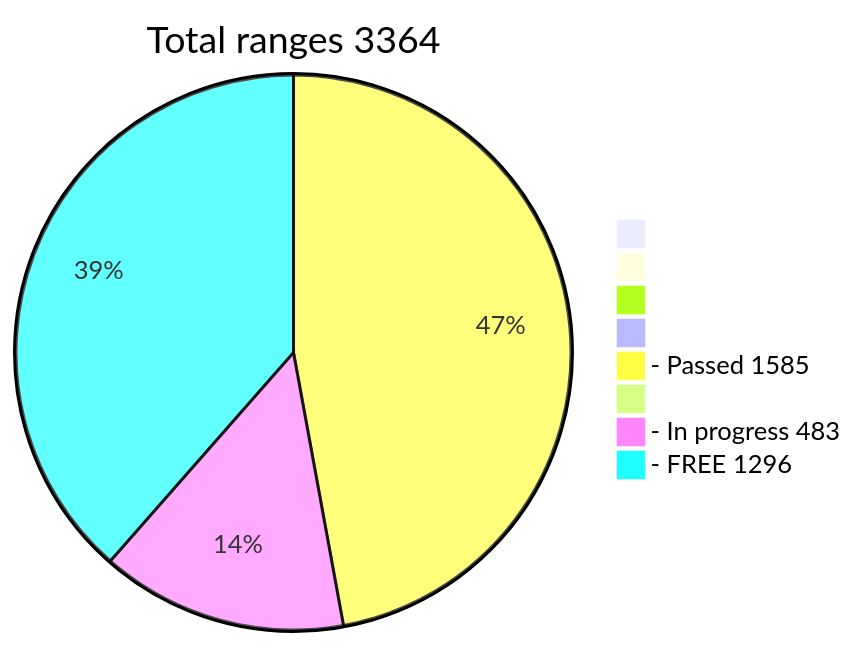
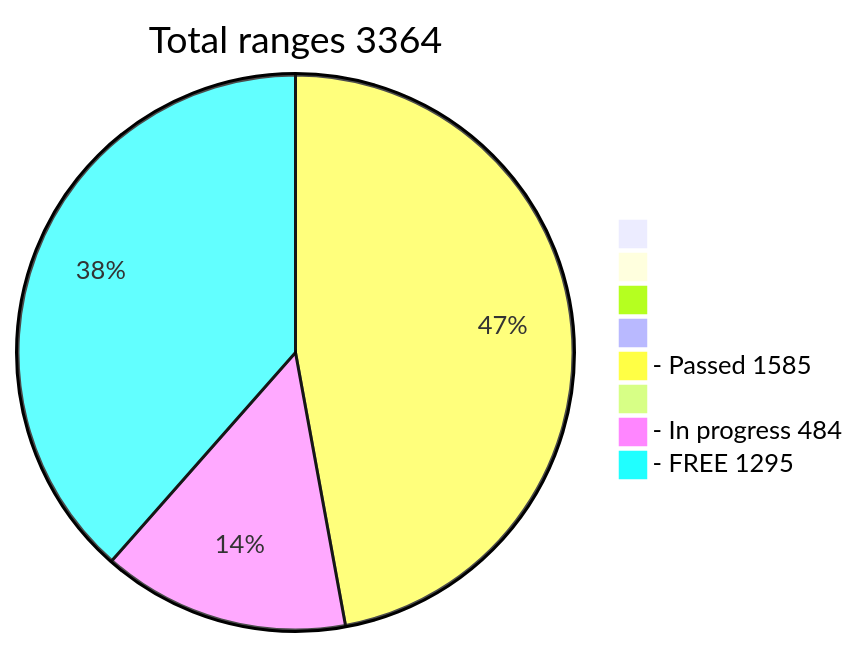
One commit to phrutis/wif500 changed the diagram in README.md. Above: the diagram before and after it, drawn with Mermaid.

````diff
--- a/README.md
+++ b/README.md
@@ -16,12 +16,12 @@
 ```mermaid
 pie title Total ranges 3364
              " " : 0
             "  " : 0
            "   " : 0
           "    " : 0
   "- Passed 1585" : 1585
          "     " : 0
-  "- In progress 483" : 483
-   "- FREE 1296" : 1296
+  "- In progress 484" : 484
+   "- FREE 1295" : 1295
    
 ```
````
